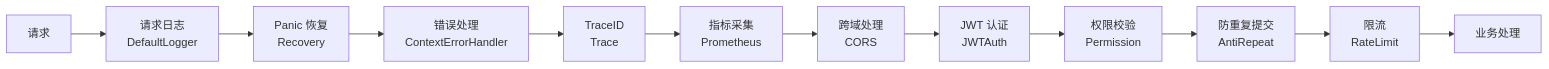
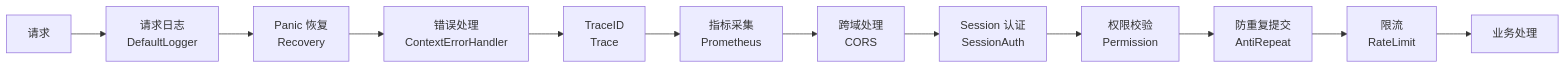
One commit to earthy-zinc/dehaze-system changed the eighth of 9 diagrams in dehaze-doc/docs/04-项目实现/后端/02-Go架构文档.md. Above: the diagram before and after it, drawn with Mermaid. The commit also changed other lines of this file and 3 other files, not shown here.

First line of the commit message:
docs: update documents to reflect switch from JWT to Session auth

````diff
--- a/dehaze-doc/docs/04-项目实现/后端/02-Go架构文档.md
+++ b/dehaze-doc/docs/04-项目实现/后端/02-Go架构文档.md
@@ -797,14 +797,14 @@
 ```mermaid
 flowchart LR
     Req["请求"] --> Logger["请求日志<br/>DefaultLogger"]
     Logger --> Recovery["Panic 恢复<br/>Recovery"]
     Recovery --> ErrorHandler["错误处理<br/>ContextErrorHandler"]
     ErrorHandler --> Trace["TraceID<br/>Trace"]
     Trace --> Prometheus["指标采集<br/>Prometheus"]
     Prometheus --> CORS["跨域处理<br/>CORS"]
-    CORS --> JWT["JWT 认证<br/>JWTAuth"]
-    JWT --> Permission["权限校验<br/>Permission"]
+    CORS --> Session["Session 认证<br/>SessionAuth"]
+    Session --> Permission["权限校验<br/>Permission"]
     Permission --> AntiRepeat["防重复提交<br/>AntiRepeat"]
     AntiRepeat --> RateLimit["限流<br/>RateLimit"]
     RateLimit --> Handler["业务处理"]
 ```
````
